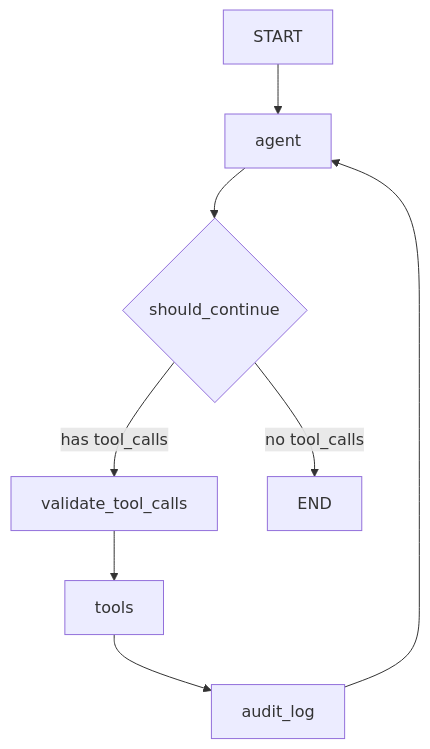
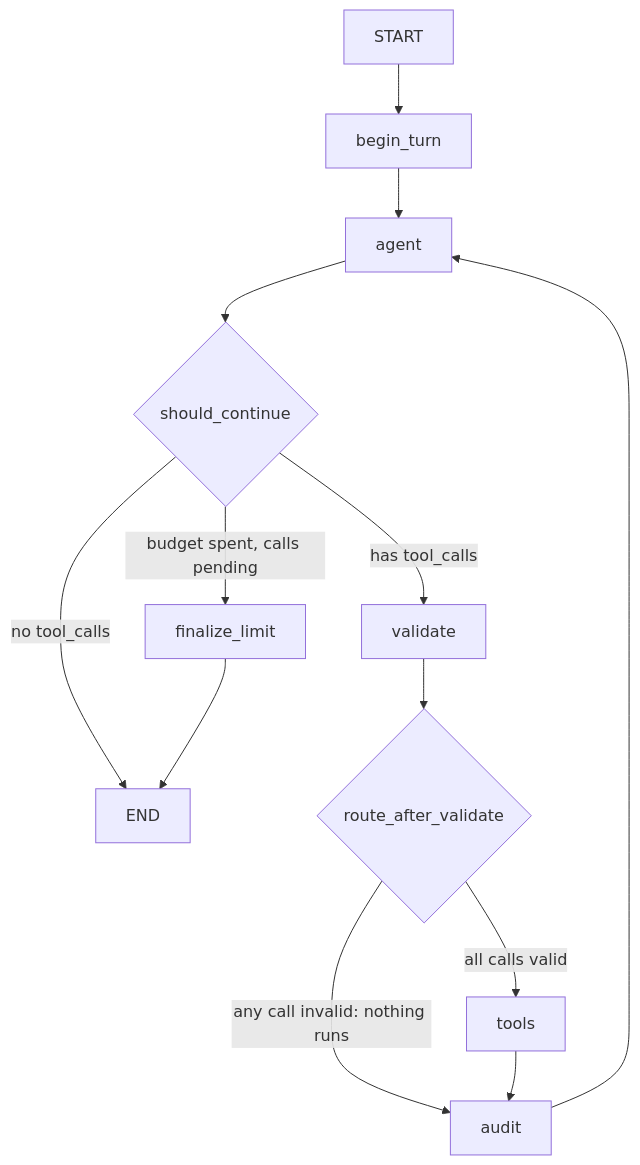
Before and after one commit to spawn08/agentic-ai-interview-kit: the diagram in docs/implementations/tool-calling-agent.md, drawn with Mermaid. The commit also changed other lines of this file and 150 other files, not shown here.

````diff
--- a/docs/implementations/tool-calling-agent.md
+++ b/docs/implementations/tool-calling-agent.md
@@ -19,10 +20,15 @@
 ```mermaid
 graph TD
-    A[START] --> B[agent]
+    A[START] --> S[begin_turn]
+    S --> B[agent]
     B --> C{should_continue}
-    C -->|has tool_calls| D[validate_tool_calls]
-    D --> E[tools]
-    E --> F[audit_log]
+    C -->|has tool_calls| D[validate]
+    C -->|no tool_calls| G[END]
+    C -->|budget spent, calls pending| L[finalize_limit]
+    L --> G
+    D --> V{route_after_validate}
+    V -->|all calls valid| E[tools]
+    V -->|any call invalid: nothing runs| F[audit]
+    E --> F
     F --> B
-    C -->|no tool_calls| G[END]
 ```
````
